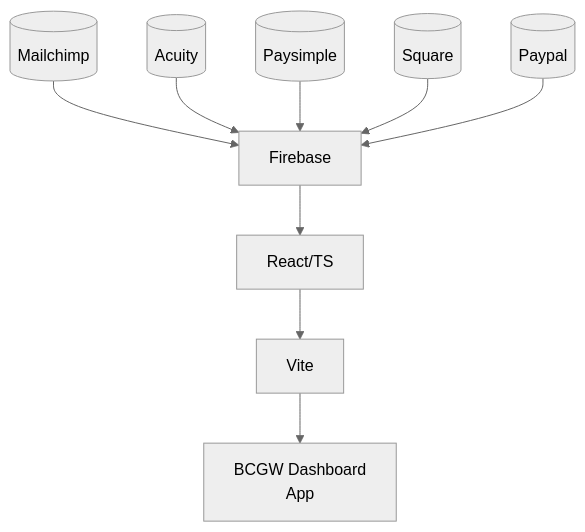
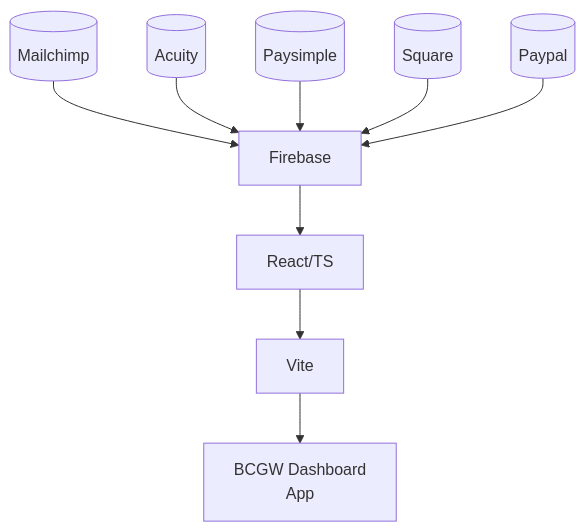
The diagram in README.md (Hack4Impact-UMD/breastfeeding-center-gw), drawn with Mermaid before and after one commit.

Commit message:
Update README.md
i messed up the mermaid theming smh

````diff
--- a/README.md
+++ b/README.md
@@ -51,14 +51,14 @@
 ```mermaid
-%%{init: {'theme':'neutral'}}%%
+%%{init: {'theme':'default'}}%%
     flowchart TD
         mc[(Mailchimp)] --> back
         ac[(Acuity)] --> back
         ps[(Paysimple)] --> back
         sq[(Square)] --> back
         pp[(Paypal)] --> back
         back[Firebase] --> front
         front[React/TS] --> build
         build[Vite] --> app
         app[BCGW Dashboard
         App]
 ```
````
